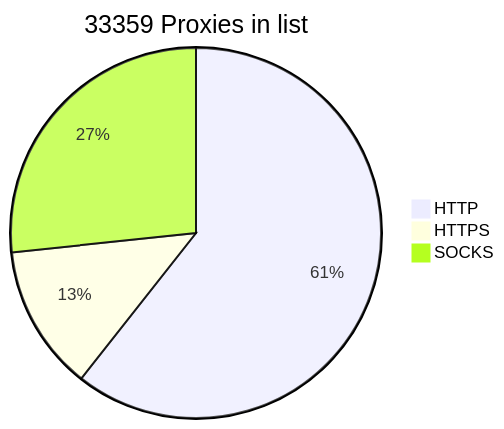
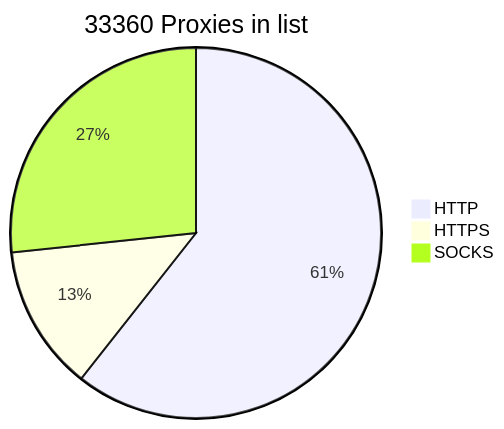
One commit to BlackSnowDot/proxylist-update-every-minute changed the diagram in README.md. Above: the diagram before and after it, drawn with Mermaid.

````diff
--- a/README.md
+++ b/README.md
@@ -2,6 +2,6 @@
 ```mermaid
-pie title 33359 Proxies in list
+pie title 33360 Proxies in list
     "HTTP" : 22395
     "HTTPS": 4691
-    "SOCKS" : 9853
+    "SOCKS" : 9854
 ```
````
